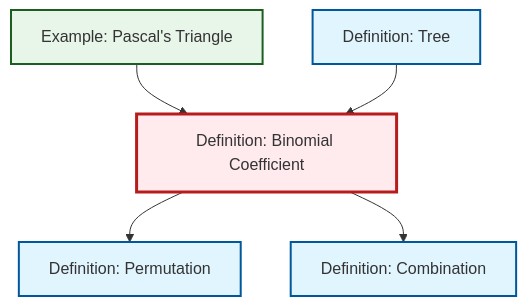
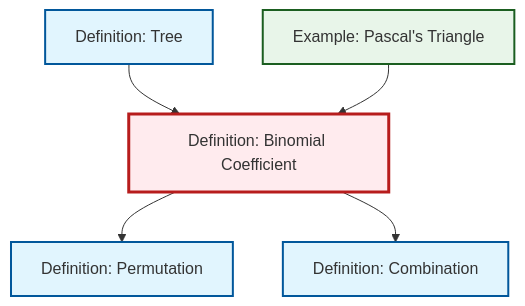
The diagram in content/en/combinatorics/def-binomial-coefficient.qmd (RK0429/ModernMath), drawn with Mermaid before and after one commit. The commit also changed other lines of this file and 615 other files, not shown here.

````diff
--- a/content/en/combinatorics/def-binomial-coefficient.qmd
+++ b/content/en/combinatorics/def-binomial-coefficient.qmd
@@ -63,23 +63,23 @@
 ```{mermaid}
 %%| fig-cap: "Local dependency graph"
 graph TD
     classDef definition fill:#e1f5fe,stroke:#01579b,stroke-width:2px
     classDef theorem fill:#f3e5f5,stroke:#4a148c,stroke-width:2px
     classDef axiom fill:#fff3e0,stroke:#e65100,stroke-width:2px
     classDef example fill:#e8f5e9,stroke:#1b5e20,stroke-width:2px
     classDef current fill:#ffebee,stroke:#b71c1c,stroke-width:3px
-    ex-pascals-triangle["Example: Pascal's Triangle"]:::example
+    def-combination["Definition: Combination"]:::definition
     def-permutation["Definition: Permutation"]:::definition
     def-binomial-coefficient["Definition: Binomial Coefficient"]:::definition
-    def-combination["Definition: Combination"]:::definition
     def-tree["Definition: Tree"]:::definition
+    ex-pascals-triangle["Example: Pascal's Triangle"]:::example
+    def-binomial-coefficient --> def-permutation
+    def-tree --> def-binomial-coefficient
     ex-pascals-triangle --> def-binomial-coefficient
-    def-tree --> def-binomial-coefficient
-    def-binomial-coefficient --> def-permutation
     def-binomial-coefficient --> def-combination
     class def-binomial-coefficient current
+    click def-combination "def-combination.html" "Go to Combination definition"
+    click def-permutation "def-permutation.html" "Go to Permutation definition"
+    click def-tree "def-tree.html" "Go to Tree definition"
     click ex-pascals-triangle "ex-pascals-triangle.html" "Go to Pascal's Triangle example"
-    click def-permutation "def-permutation.html" "Go to Permutation definition"
-    click def-combination "def-combination.html" "Go to Combination definition"
-    click def-tree "def-tree.html" "Go to Tree definition"
 ```
````
